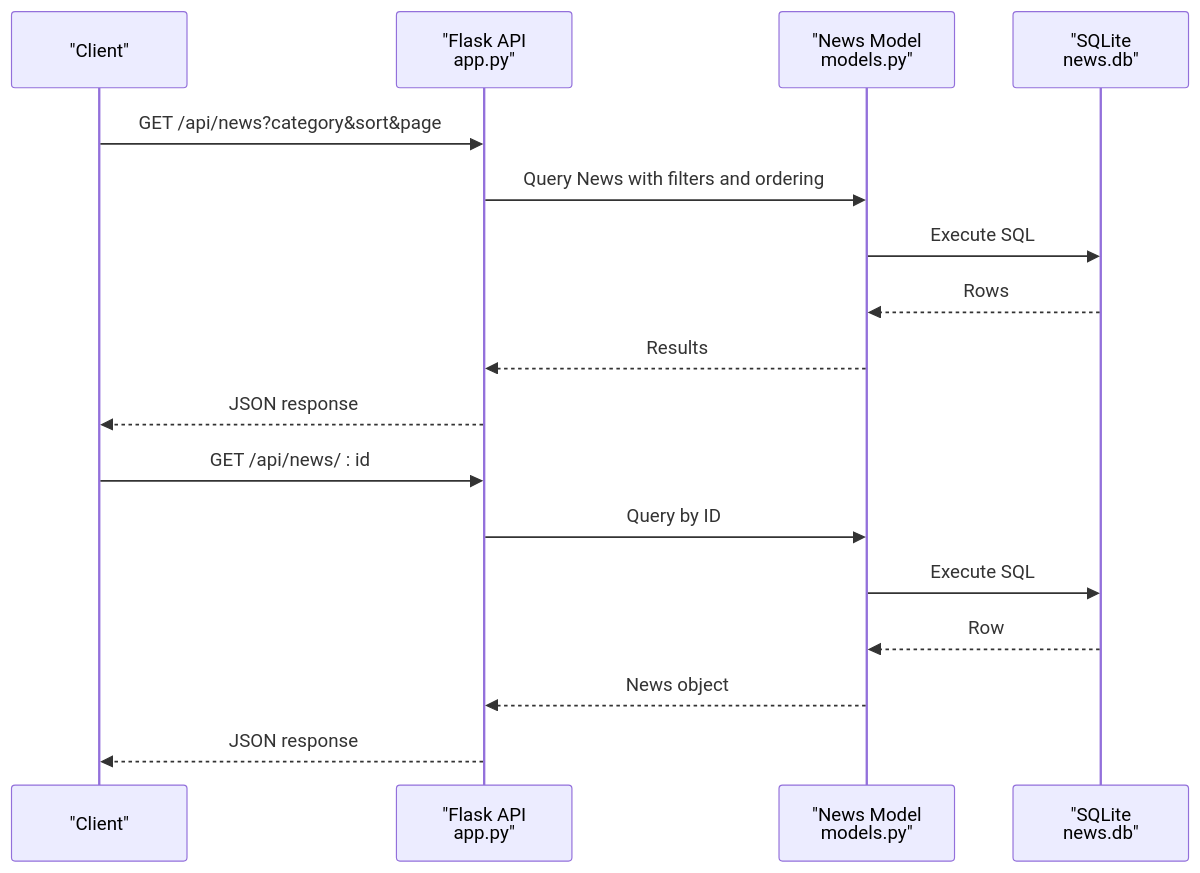
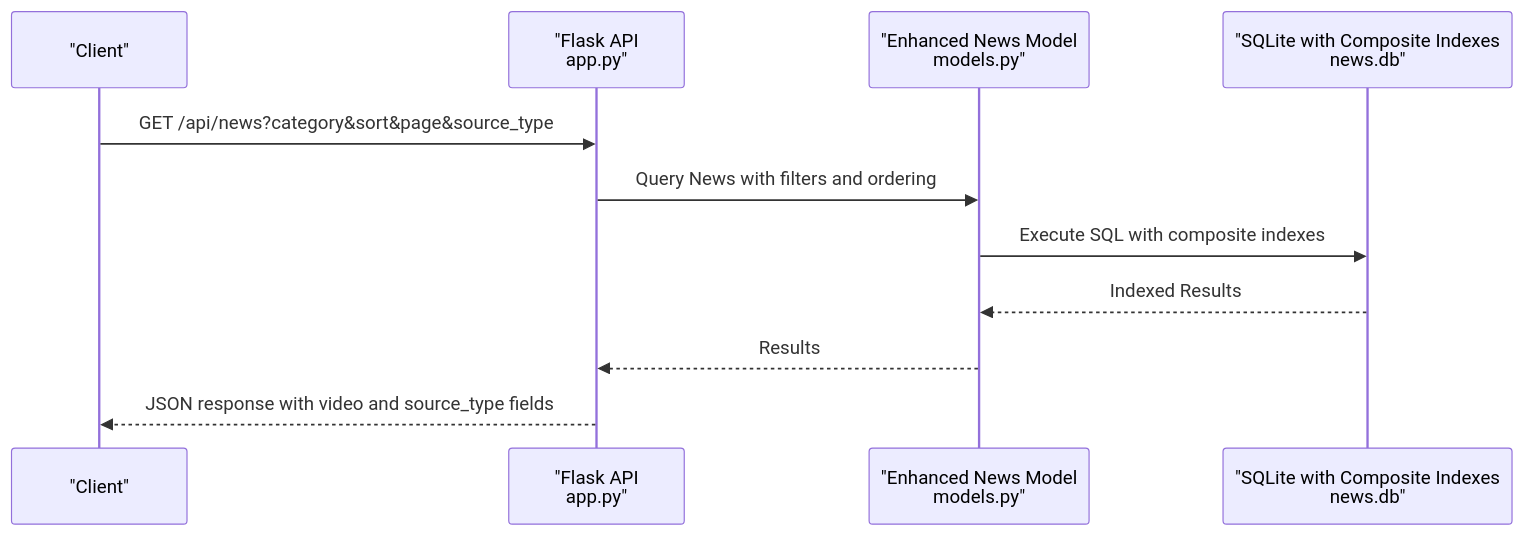
One commit to zbw-zbw/news-aggregator changed the second of 5 diagrams in .qoder/repowiki/en/content/Database Schema Design.md. Above: the diagram before and after it, drawn with Mermaid. The commit also changed other lines of this file and 9 other files, not shown here.

````diff
--- a/.qoder/repowiki/en/content/Database Schema Design.md
+++ b/.qoder/repowiki/en/content/Database Schema Design.md
@@ -84,19 +106,13 @@
 ```mermaid
 sequenceDiagram
 participant Client as "Client"
 participant API as "Flask API<br/>app.py"
-participant Model as "News Model<br/>models.py"
-participant DB as "SQLite<br/>news.db"
-Client->>API : GET /api/news?category&sort&page
+participant Model as "Enhanced News Model<br/>models.py"
+participant DB as "SQLite with Composite Indexes<br/>news.db"
+Client->>API : GET /api/news?category&sort&page&source_type
 API->>Model : Query News with filters and ordering
-Model->>DB : Execute SQL
-DB-->>Model : Rows
+Model->>DB : Execute SQL with composite indexes
+DB-->>Model : Indexed Results
 Model-->>API : Results
-API-->>Client : JSON response
-Client->>API : GET /api/news/ : id
-API->>Model : Query by ID
-Model->>DB : Execute SQL
-DB-->>Model : Row
-Model-->>API : News object
-API-->>Client : JSON response
+API-->>Client : JSON response with video and source_type fields
 ```
````
